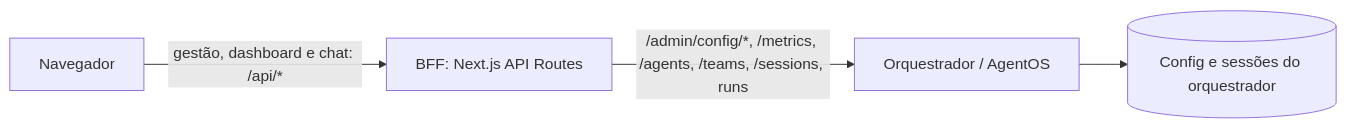
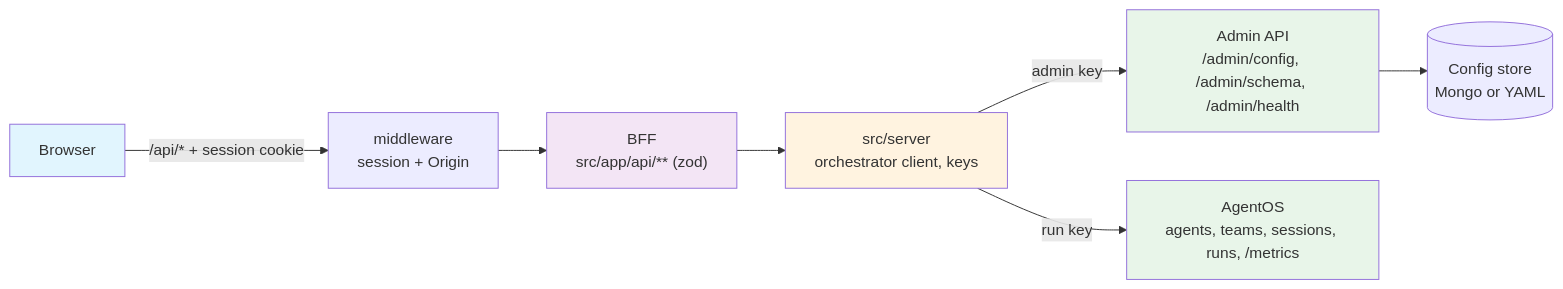
Before and after one commit to Mosfet04/playgroundOrquestrador: the diagram in README.md, drawn with Mermaid. The commit also changed other lines of this file and 12 other files, not shown here.

````diff
--- a/README.md
+++ b/README.md
@@ -26,6 +63,15 @@
 ```mermaid
 graph LR
-    B[Navegador] -->|gestão, dashboard e chat: /api/*| N[BFF: Next.js API Routes]
-    N -->|/admin/config/*, /metrics, /agents, /teams, /sessions, runs| O[Orquestrador / AgentOS]
-    O --> M[(Config e sessões do orquestrador)]
+    B["Browser"] -->|"/api/* + session cookie"| M["middleware<br/>session + Origin"]
+    M --> F["BFF<br/>src/app/api/** (zod)"]
+    F --> S["src/server<br/>orchestrator client, keys"]
+    S -->|admin key| A["Admin API<br/>/admin/config, /admin/schema, /admin/health"]
+    S -->|run key| O["AgentOS<br/>agents, teams, sessions, runs, /metrics"]
+    A --> C[("Config store<br/>Mongo or YAML")]
+
+    style B fill:#e1f5fe
+    style F fill:#f3e5f5
+    style S fill:#fff3e0
+    style A fill:#e8f5e9
+    style O fill:#e8f5e9
 ```
````
